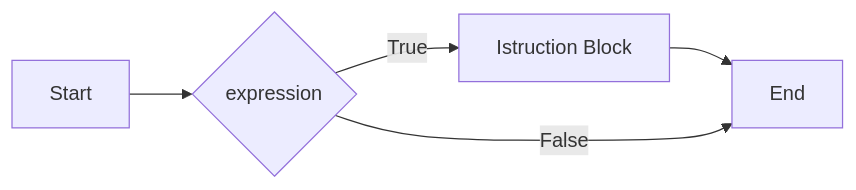
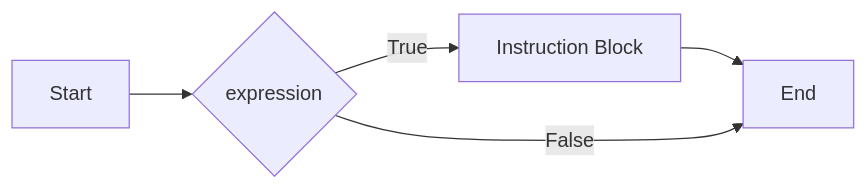
The first of 2 diagrams in Git-Obsidian/Programmazione/Strutture di Controllo/Condizionali.md (delpiter/Git-Obsidian), drawn with Mermaid before and after one commit. The commit also changed other lines of this file and 2 other files, not shown here.

````diff
--- a/Git-Obsidian/Programmazione/Strutture di Controllo/Condizionali.md
+++ b/Git-Obsidian/Programmazione/Strutture di Controllo/Condizionali.md
@@ -16,8 +16,8 @@
 ```mermaid
 flowchart LR
 A[Start]
 A --> C{expression}
-C -->|True| D[Istruction Block]
+C -->|True| D[Instruction Block]
 D -->E[End]
 C -->|False| E
 ```
````
